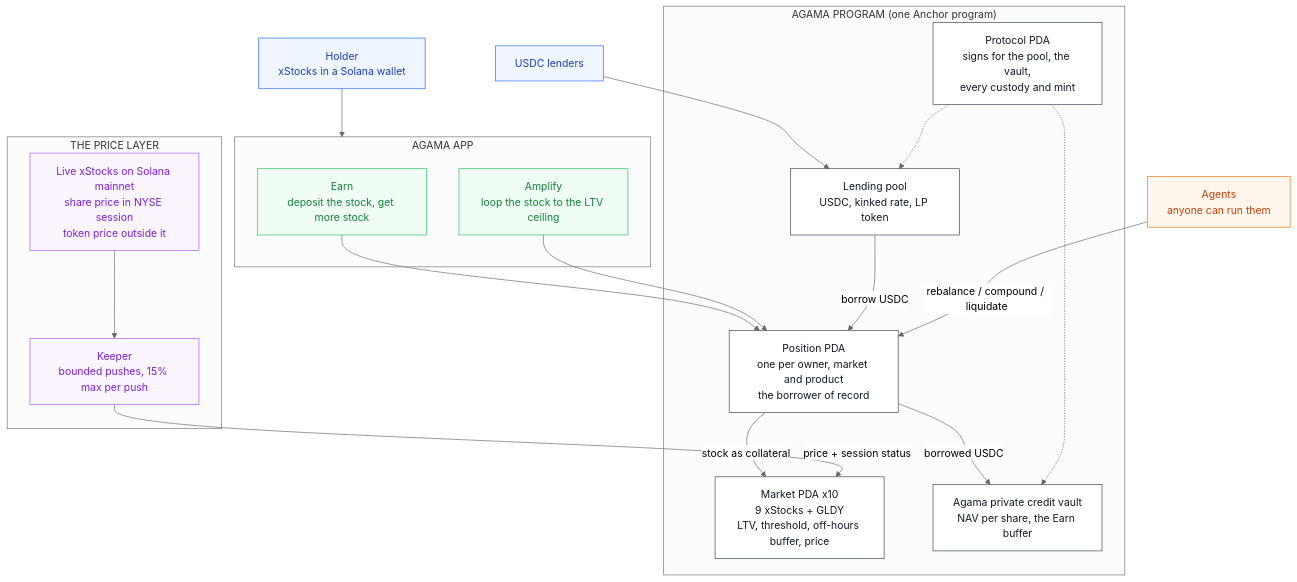
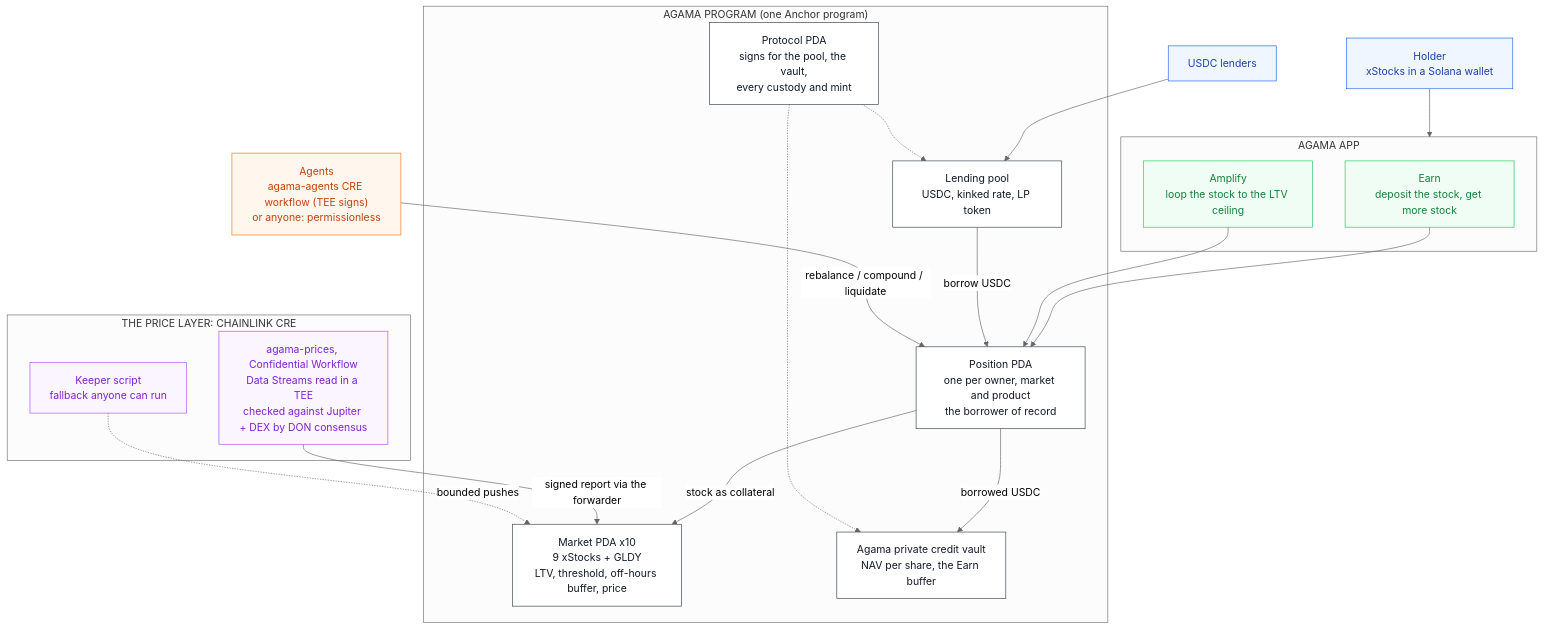
The diagram in README.md (agamafinance/agama-solana), drawn with Mermaid (neutral theme) before and after one commit. The commit also changed other lines of this file and 13 other files, not shown here.

````diff
--- a/README.md
+++ b/README.md
@@ -41,49 +41,50 @@
 ```mermaid
 flowchart TB
     USER["Holder<br/>xStocks in a Solana wallet"]
 
     subgraph app["AGAMA APP"]
         EARN["Earn<br/>deposit the stock, get more stock"]
         AMP["Amplify<br/>loop the stock to the LTV ceiling"]
     end
 
     subgraph program["AGAMA PROGRAM (one Anchor program)"]
         POS["Position PDA<br/>one per owner, market and product<br/>the borrower of record"]
         MKT["Market PDA x10<br/>9 xStocks + GLDY<br/>LTV, threshold, off-hours buffer, price"]
         POOL["Lending pool<br/>USDC, kinked rate, LP token"]
         VAULT["Agama private credit vault<br/>NAV per share, the Earn buffer"]
         PROTO["Protocol PDA<br/>signs for the pool, the vault,<br/>every custody and mint"]
     end
 
-    subgraph price["THE PRICE LAYER"]
-        KEEPER["Keeper<br/>bounded pushes, 15% max per push"]
-        JUP["Live xStocks on Solana mainnet<br/>share price in NYSE session<br/>token price outside it"]
+    subgraph price["THE PRICE LAYER: CHAINLINK CRE"]
+        CRE["agama-prices, Confidential Workflow<br/>Data Streams read in a TEE<br/>checked against Jupiter + DEX by DON consensus"]
+        KEEPER["Keeper script<br/>fallback anyone can run"]
     end
 
-    AGENTS["Agents<br/>anyone can run them"]
+    AGENTS["Agents<br/>agama-agents CRE workflow (TEE signs)<br/>or anyone: permissionless"]
     LENDERS["USDC lenders"]
 
     USER --> app
     EARN --> POS
     AMP --> POS
     LENDERS --> POOL
     POS -->|"stock as collateral"| MKT
     POOL -->|"borrow USDC"| POS
     POS -->|"borrowed USDC"| VAULT
     AGENTS -->|"rebalance / compound / liquidate"| POS
-    JUP --> KEEPER -->|"price + session status"| MKT
+    CRE -->|"signed report via the forwarder"| MKT
+    KEEPER -.->|"bounded pushes"| MKT
     PROTO -.-> POOL
     PROTO -.-> VAULT
 
     classDef actor fill:#eff6ff,stroke:#2563eb,color:#1e40af
     classDef product fill:#f0fdf4,stroke:#22c55e,color:#15803d
     classDef core fill:#ffffff,stroke:#374151,color:#111827
     classDef oracle fill:#faf5ff,stroke:#a855f7,color:#7e22ce
     classDef bot fill:#fff7ed,stroke:#f97316,color:#c2410c
 
     class USER,LENDERS actor
     class EARN,AMP product
     class POS,MKT,POOL,VAULT,PROTO core
-    class KEEPER,JUP oracle
+    class CRE,KEEPER oracle
     class AGENTS bot
 ```
````
